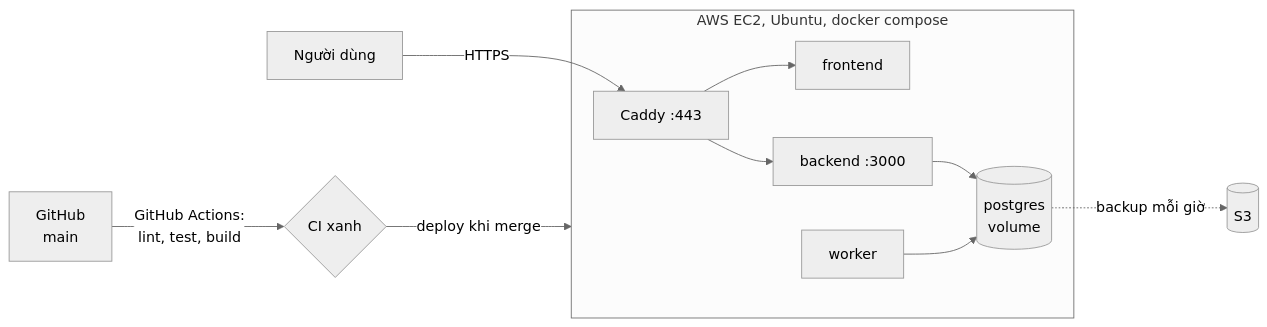
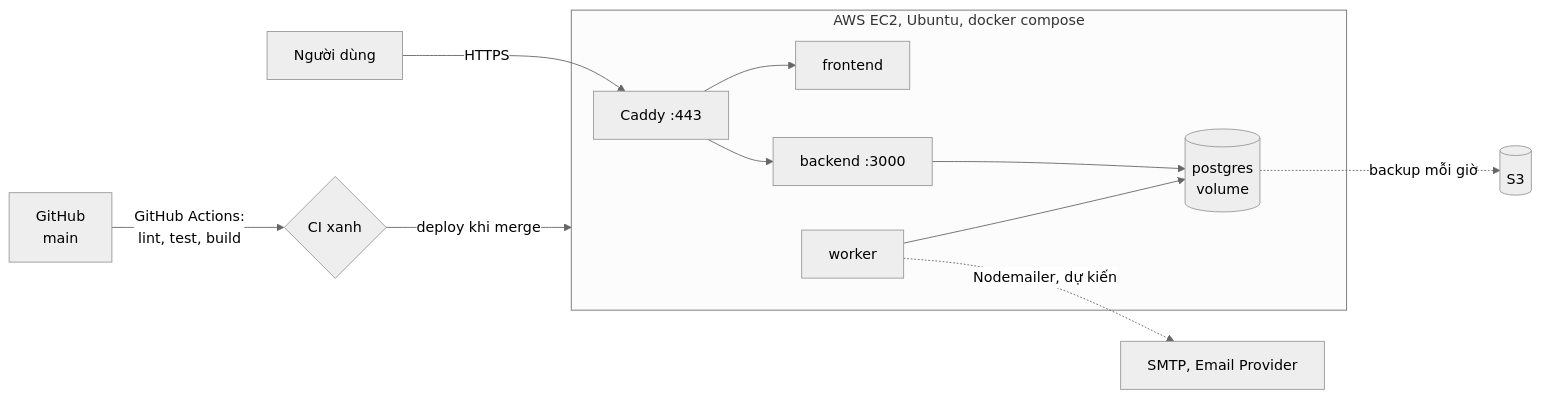
One commit to LeQuangMien10/CloudApplicationDevelopment changed the second of 2 diagrams in docs/overview/kien-truc.md. Above: the diagram before and after it, drawn with Mermaid (neutral theme). The commit also changed other lines of this file, not shown here.

First line of the commit message:
docs(kien-truc): cập nhật kiến trúc theo outbox, worker và đối chiếu code

````diff
--- a/docs/overview/kien-truc.md
+++ b/docs/overview/kien-truc.md
@@ -99,14 +127,15 @@
 ```mermaid
 flowchart LR
   Dev[GitHub<br/>main] -->|GitHub Actions:<br/>lint, test, build| CI{CI xanh}
   CI -->|deploy khi merge| EC2
   subgraph EC2[AWS EC2, Ubuntu, docker compose]
     C[Caddy :443] --> FE[frontend]
     C --> BE[backend :3000]
     WK[worker]
     BE --> PG[(postgres<br/>volume)]
     WK --> PG
   end
   User[Người dùng] -->|HTTPS| C
   PG -.->|backup mỗi giờ| S3[(S3)]
+  WK -.->|Nodemailer, dự kiến| SMTP[SMTP, Email Provider]
 ```
````
